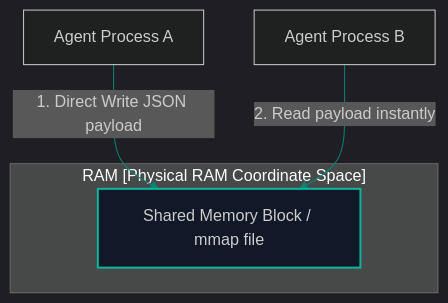
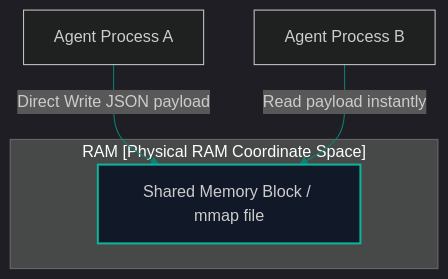
Before and after one commit to akmalkhaniub/akmalkhaniub.github.io: the diagram in blog/posts/edge-agents-shared-memory-ipc-latency.md, drawn with Mermaid. The commit also changed 411 other files, not shown here.

````diff
--- a/blog/posts/edge-agents-shared-memory-ipc-latency.md
+++ b/blog/posts/edge-agents-shared-memory-ipc-latency.md
@@ -16,12 +16,12 @@
 ```mermaid
 %%{init: {'theme': 'dark', 'themeVariables': { 'primaryColor': '#088574', 'primaryTextColor': '#f3f4f6', 'primaryBorderColor': '#0db49b', 'lineColor': '#088574', 'secondaryColor': '#111827', 'tertiaryColor': '#0b0f19'}}}%%
 flowchart TD
     subgraph SG1_RamPhysicalRam ["RAM [Physical RAM Coordinate Space]"]
         SharedBlock[Shared Memory Block / mmap file]
     end
 
-    AgentA[Agent Process A] -->|1. Direct Write JSON payload| SharedBlock
-    AgentB[Agent Process B] -->|2. Read payload instantly| SharedBlock
+    AgentA[Agent Process A] -->|Direct Write JSON payload| SharedBlock
+    AgentB[Agent Process B] -->|Read payload instantly| SharedBlock
     
     style SharedBlock fill:#111827,stroke:#0db49b,stroke-width:2px
 ```
````
